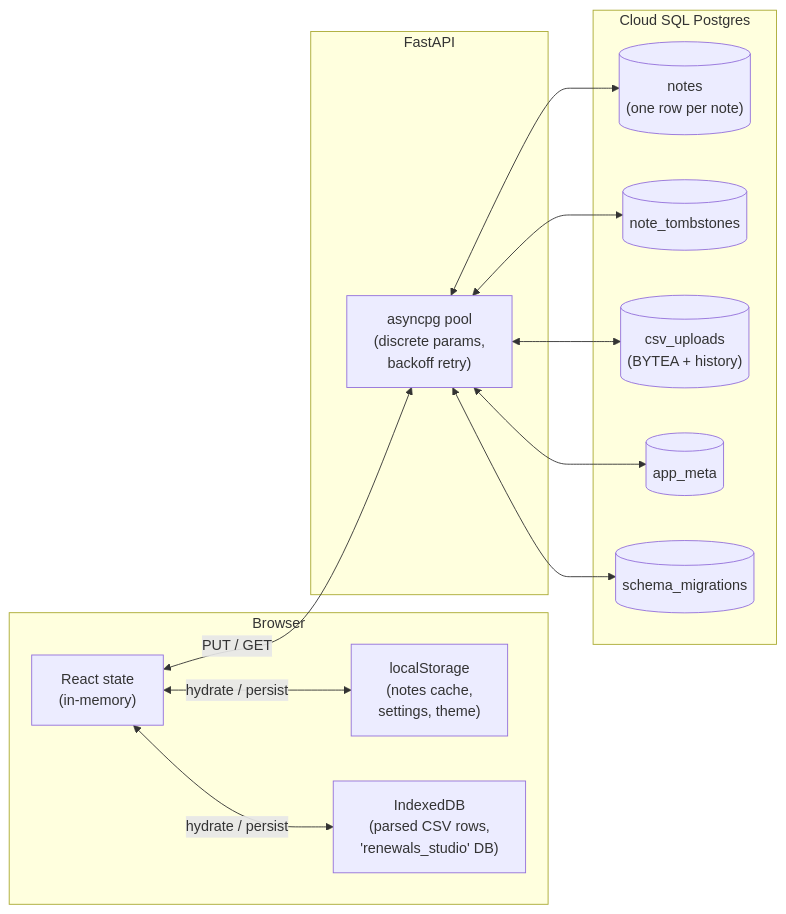
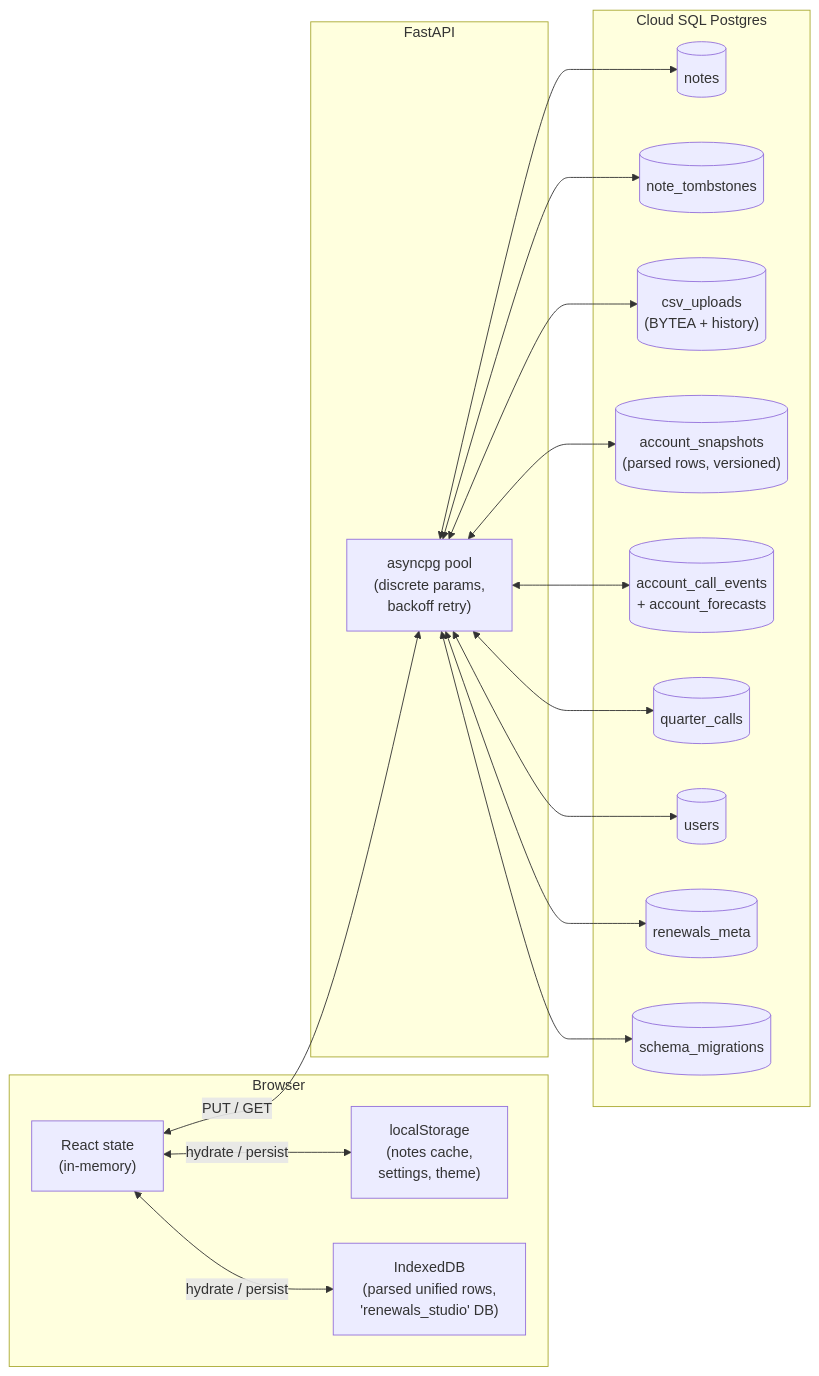
The seventh of 9 diagrams in CAPABILITIES.md (bryanrossello-collab/github_cx), drawn with Mermaid before and after one commit. The commit also changed other lines of this file and 10 other files, not shown here.

````diff
--- a/CAPABILITIES.md
+++ b/CAPABILITIES.md
@@ -668,29 +816,37 @@
 ```mermaid
 flowchart LR
     subgraph Browser
         React["React state<br/>(in-memory)"]
         LS["localStorage<br/>(notes cache,<br/>settings, theme)"]
-        IDB["IndexedDB<br/>(parsed CSV rows,<br/>'renewals_studio' DB)"]
+        IDB["IndexedDB<br/>(parsed unified rows,<br/>'renewals_studio' DB)"]
     end
 
     subgraph Server["FastAPI"]
         Pool["asyncpg pool<br/>(discrete params,<br/>backoff retry)"]
     end
 
     subgraph PG["Cloud SQL Postgres"]
-        Notes[("notes<br/>(one row per note)")]
+        Notes[("notes")]
         Tomb[("note_tombstones")]
         CSV[("csv_uploads<br/>(BYTEA + history)")]
-        Meta[("app_meta")]
+        Snap[("account_snapshots<br/>(parsed rows, versioned)")]
+        Calls[("account_call_events<br/>+ account_forecasts")]
+        QC[("quarter_calls")]
+        Users[("users")]
+        Meta[("renewals_meta")]
         Mig[("schema_migrations")]
     end
 
     React <-->|hydrate / persist| LS
     React <-->|hydrate / persist| IDB
     React <-->|PUT / GET| Pool
     Pool <--> Notes
     Pool <--> Tomb
     Pool <--> CSV
+    Pool <--> Snap
+    Pool <--> Calls
+    Pool <--> QC
+    Pool <--> Users
     Pool <--> Meta
     Pool <--> Mig
 ```
````
